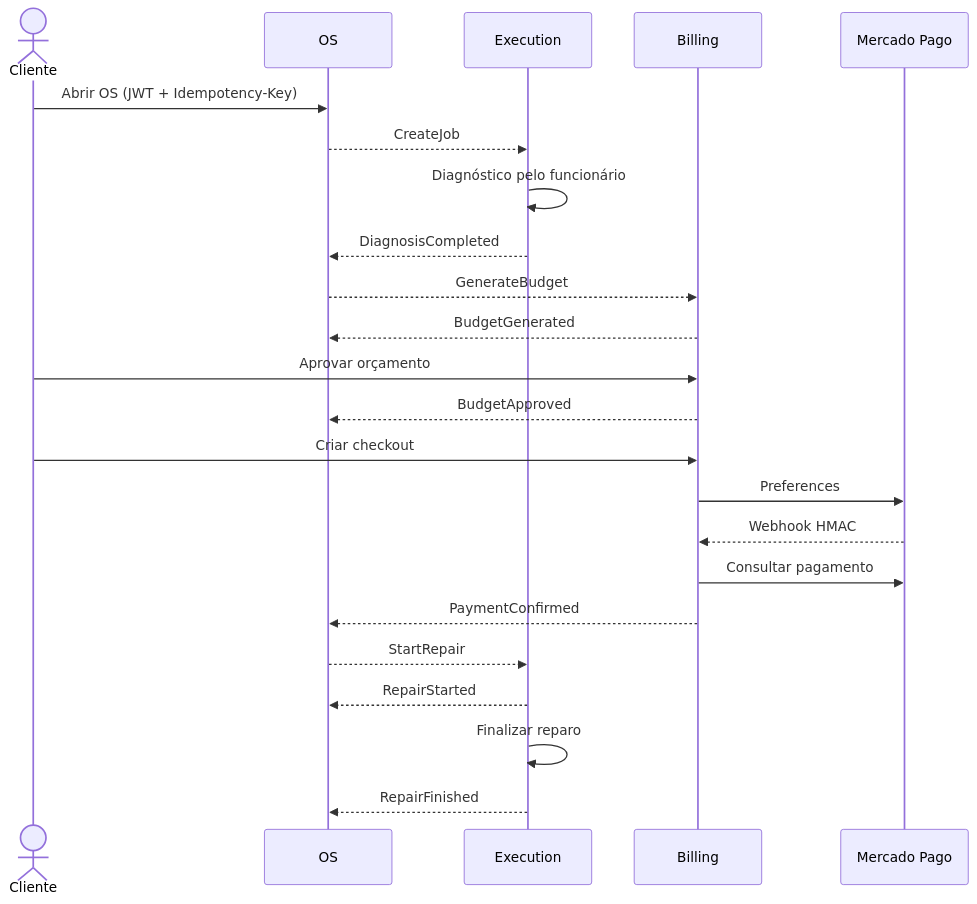
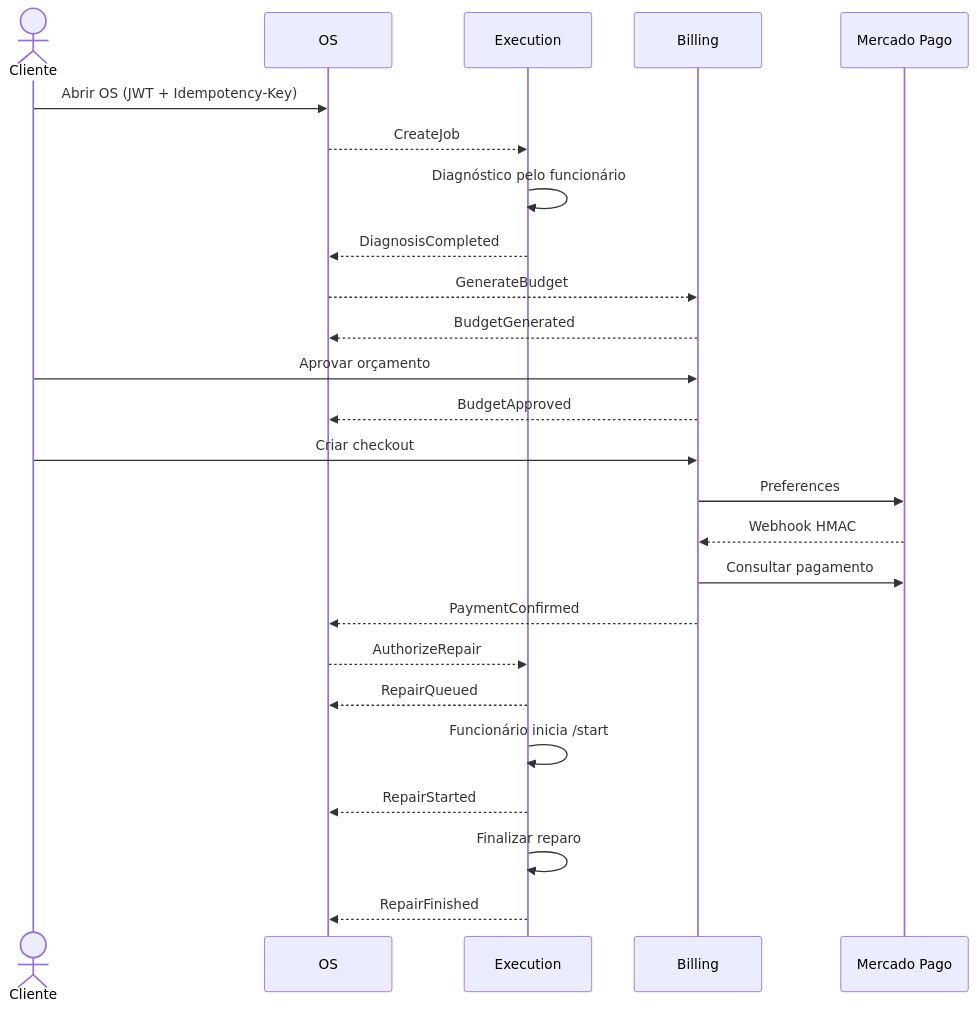
One commit to Lucas-Rodrigues-Camargo/pos-tech-fiap-software-architecture-os-service changed the second of 2 diagrams in docs/architecture.md. Above: the diagram before and after it, drawn with Mermaid. The commit also changed other lines of this file and 35 other files, not shown here.

````diff
--- a/docs/architecture.md
+++ b/docs/architecture.md
@@ -36,25 +36,27 @@
 ```mermaid
 sequenceDiagram
   actor C as Cliente
   participant OS
   participant E as Execution
   participant B as Billing
   participant M as Mercado Pago
   C->>OS: Abrir OS (JWT + Idempotency-Key)
   OS-->>E: CreateJob
   E->>E: Diagnóstico pelo funcionário
   E-->>OS: DiagnosisCompleted
   OS-->>B: GenerateBudget
   B-->>OS: BudgetGenerated
   C->>B: Aprovar orçamento
   B-->>OS: BudgetApproved
   C->>B: Criar checkout
   B->>M: Preferences
   M-->>B: Webhook HMAC
   B->>M: Consultar pagamento
   B-->>OS: PaymentConfirmed
-  OS-->>E: StartRepair
+  OS-->>E: AuthorizeRepair
+  E-->>OS: RepairQueued
+  E->>E: Funcionário inicia /start
   E-->>OS: RepairStarted
   E->>E: Finalizar reparo
   E-->>OS: RepairFinished
 ```
````
